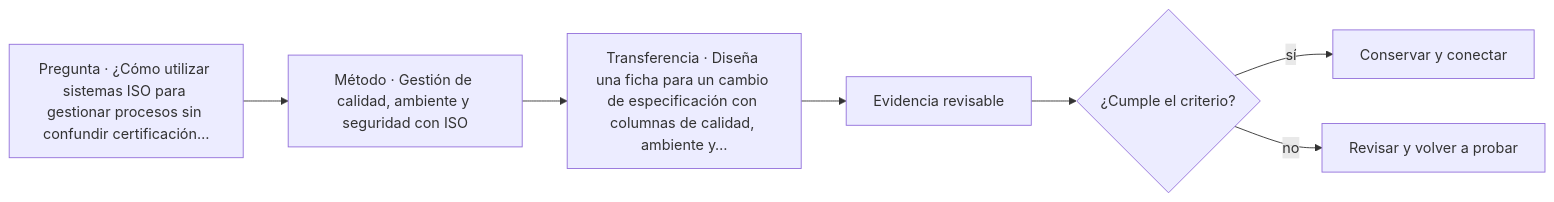
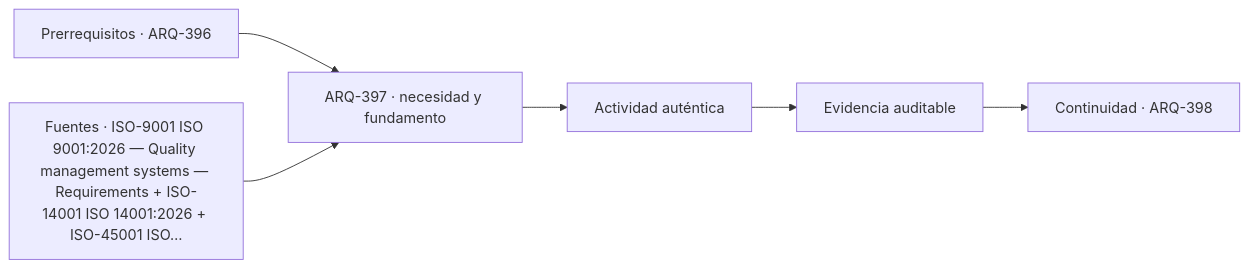
Before and after one commit to vladimiracunadev-create/architecture-built-environment-learning-program: the diagram in classes/parte-40/ARQ-397.md, drawn with Mermaid. The commit also changed other lines of this file and 761 other files, not shown here.

````diff
--- a/classes/parte-40/ARQ-397.md
+++ b/classes/parte-40/ARQ-397.md
@@ -89,9 +101,8 @@
 ```mermaid
 flowchart LR
-    Q["Pregunta · ¿Cómo utilizar sistemas ISO para gestionar procesos sin confundir certificación…"] --> M["Método · Gestión de calidad, ambiente y seguridad con ISO"]
-    M --> P["Transferencia · Diseña una ficha para un cambio de especificación con columnas de calidad, ambiente y…"]
-    P --> E["Evidencia revisable"]
-    E --> C{"¿Cumple el criterio?"}
-    C -->|sí| T["Conservar y conectar"]
-    C -->|no| R["Revisar y volver a probar"]
+    A["Prerrequisitos · ARQ-396"] --> B["ARQ-397 · necesidad y fundamento"]
+    S["Fuentes · ISO-9001 ISO 9001:2026 — Quality management systems — Requirements + ISO-14001 ISO 14001:2026 + ISO-45001 ISO…"] --> B
+    B --> C["Actividad auténtica"]
+    C --> D["Evidencia auditable"]
+    D --> E["Continuidad · ARQ-398"]
 ```
````
